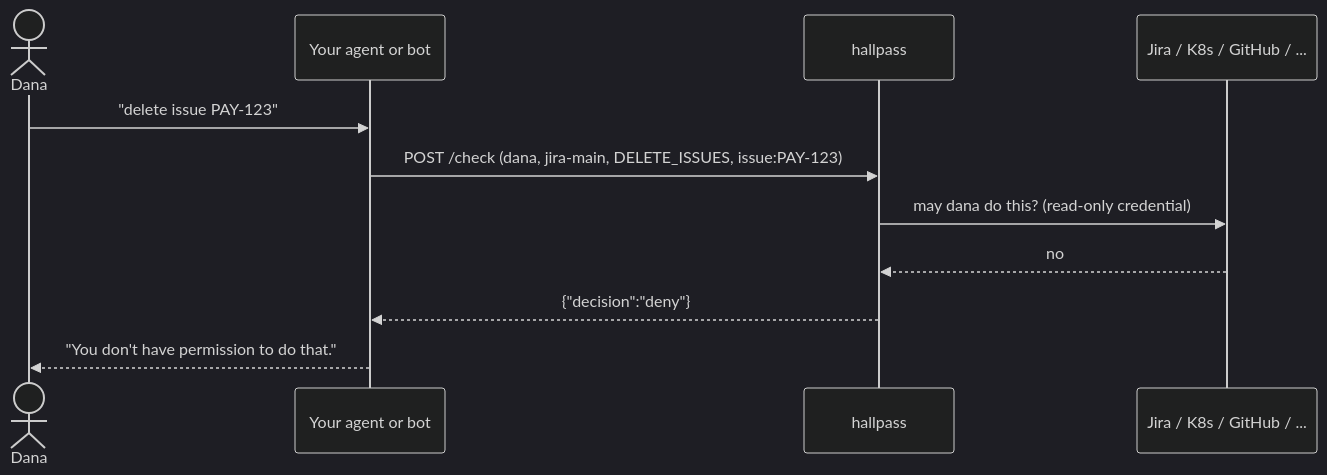
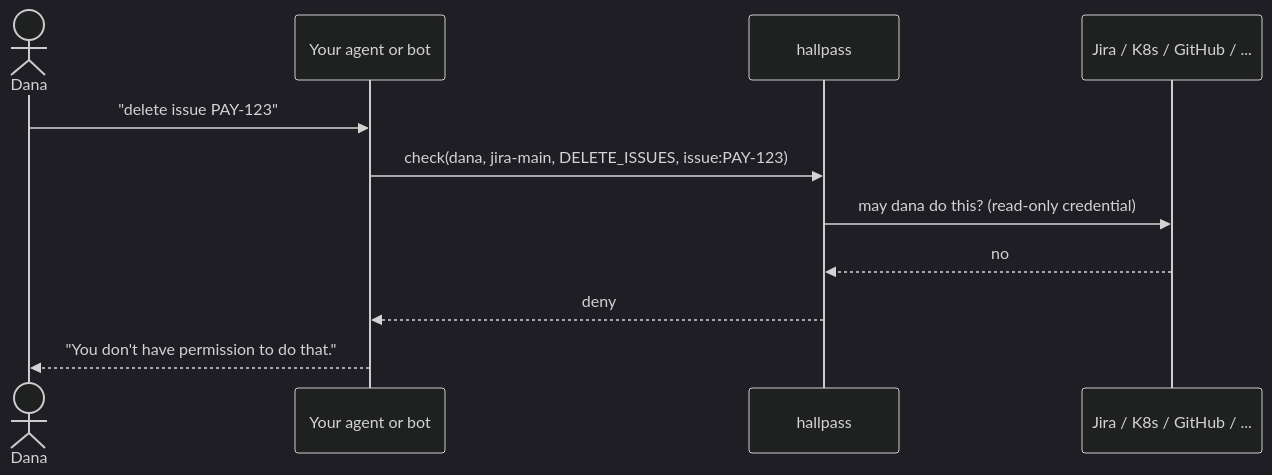
Before and after one commit to roee-hersh/hallpass: the diagram in README.md, drawn with Mermaid (dark theme). The commit also changed other lines of this file and 623 other files, not shown here.

````diff
--- a/README.md
+++ b/README.md
@@ -38,13 +38,13 @@
 ```mermaid
 sequenceDiagram
     actor Dana
     participant Agent as Your agent or bot
     participant HP as hallpass
     participant Sys as Jira / K8s / GitHub / ...
     Dana->>Agent: "delete issue PAY-123"
-    Agent->>HP: POST /check (dana, jira-main, DELETE_ISSUES, issue:PAY-123)
+    Agent->>HP: check(dana, jira-main, DELETE_ISSUES, issue:PAY-123)
     HP->>Sys: may dana do this? (read-only credential)
     Sys-->>HP: no
-    HP-->>Agent: {"decision":"deny"}
+    HP-->>Agent: deny
     Agent-->>Dana: "You don't have permission to do that."
 ```
````
